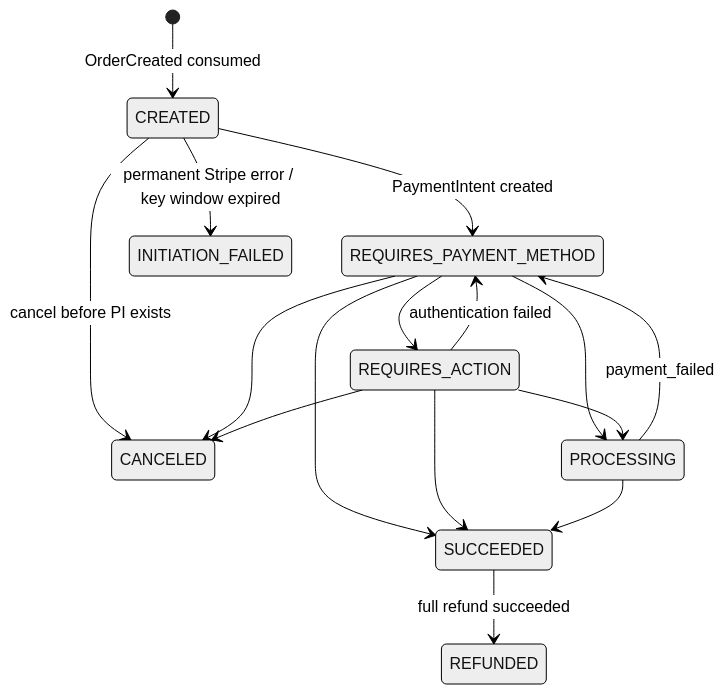
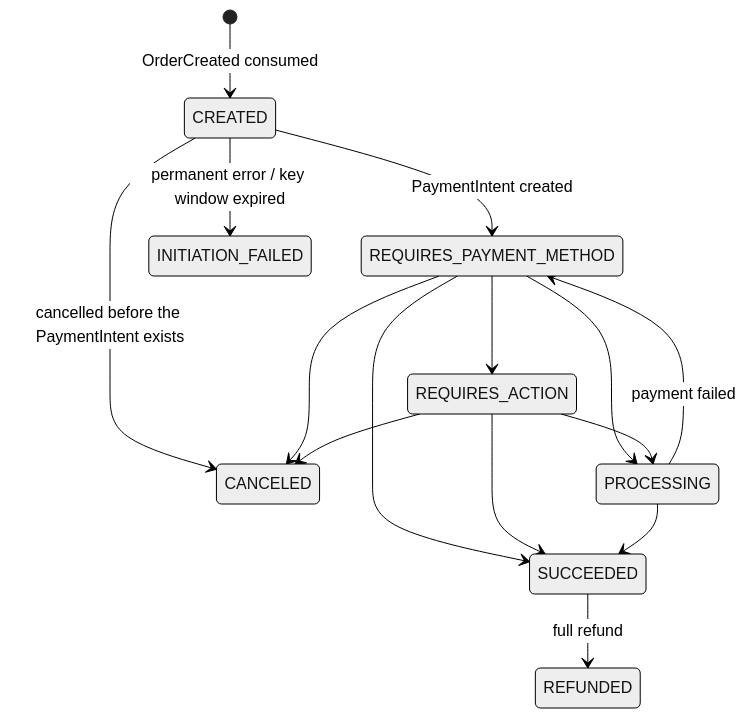
The third of 6 diagrams in docs/architecture.md (AlexGorbatov/order-payment-platform), drawn with Mermaid (neutral theme) before and after one commit. The commit also changed other lines of this file and 39 other files, not shown here.

````diff
--- a/docs/architecture.md
+++ b/docs/architecture.md
@@ -112,18 +95,17 @@
 ```mermaid
 stateDiagram-v2
   [*] --> CREATED: OrderCreated consumed
   CREATED --> REQUIRES_PAYMENT_METHOD: PaymentIntent created
-  CREATED --> INITIATION_FAILED: permanent Stripe error / key window expired
-  CREATED --> CANCELED: cancel before PI exists
+  CREATED --> INITIATION_FAILED: permanent error / key window expired
+  CREATED --> CANCELED: cancelled before the PaymentIntent exists
   REQUIRES_PAYMENT_METHOD --> REQUIRES_ACTION
   REQUIRES_PAYMENT_METHOD --> PROCESSING
   REQUIRES_PAYMENT_METHOD --> SUCCEEDED
   REQUIRES_ACTION --> PROCESSING
   REQUIRES_ACTION --> SUCCEEDED
-  REQUIRES_ACTION --> REQUIRES_PAYMENT_METHOD: authentication failed
   PROCESSING --> SUCCEEDED
-  PROCESSING --> REQUIRES_PAYMENT_METHOD: payment_failed
+  PROCESSING --> REQUIRES_PAYMENT_METHOD: payment failed
   REQUIRES_PAYMENT_METHOD --> CANCELED
   REQUIRES_ACTION --> CANCELED
-  SUCCEEDED --> REFUNDED: full refund succeeded
+  SUCCEEDED --> REFUNDED: full refund
 ```
````
